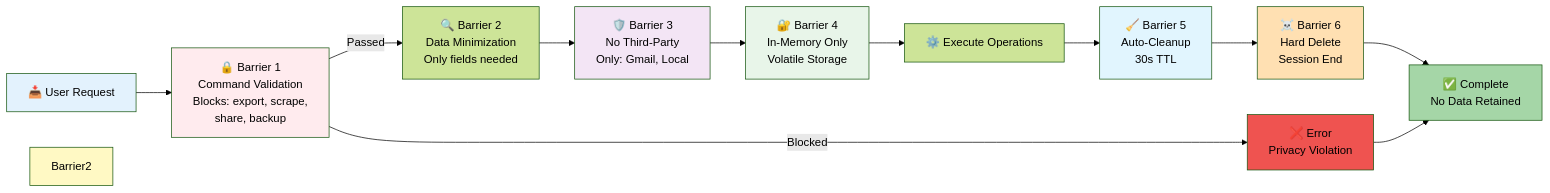
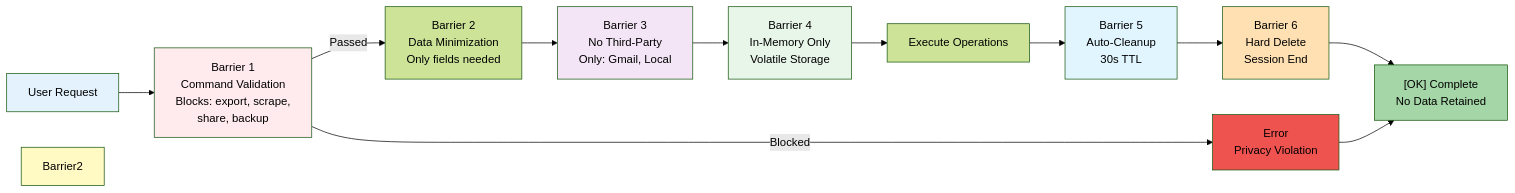
Before and after one commit to fivepanelhat/CAT-mail: the eighth of 10 diagrams in ARCHITECTURE.md, drawn with Mermaid (forest theme). The commit also changed other lines of this file and 50 other files, not shown here.

````diff
--- a/ARCHITECTURE.md
+++ b/ARCHITECTURE.md
@@ -386,33 +386,33 @@
 ```mermaid
 graph LR
-    Request["📥 User Request"]
-    
-    Request --> Barrier1["🔒 Barrier 1<br/>Command Validation<br/>Blocks: export, scrape,<br/>share, backup"]
-    
-    Barrier1 -->|Blocked| Error1["❌ Error<br/>Privacy Violation"]
-    Barrier1 -->|Passed| DataMin["🔍 Barrier 2<br/>Data Minimization<br/>Only fields needed"]
-    
-    DataMin --> Barrier3["🛡️ Barrier 3<br/>No Third-Party<br/>Only: Gmail, Local"]
-    
-    Barrier3 --> Barrier4["🔐 Barrier 4<br/>In-Memory Only<br/>Volatile Storage"]
-    
-    Barrier4 --> Ops["⚙️ Execute Operations"]
-    
-    Ops --> Barrier5["🧹 Barrier 5<br/>Auto-Cleanup<br/>30s TTL"]
-    
-    Barrier5 --> Barrier6["☠️ Barrier 6<br/>Hard Delete<br/>Session End"]
-    
-    Barrier6 --> Done["✅ Complete<br/>No Data Retained"]
-    
-    Error1 --> Done
-    
-    style Request fill:#e3f2fd
-    style Barrier1 fill:#ffebee
-    style Barrier2 fill:#fff9c4
-    style Barrier3 fill:#f3e5f5
-    style Barrier4 fill:#e8f5e9
-    style Barrier5 fill:#e1f5fe
-    style Barrier6 fill:#ffe0b2
-    style Done fill:#a5d6a7
-    style Error1 fill:#ef5350
+ Request[" User Request"]
+ 
+ Request --> Barrier1[" Barrier 1<br/>Command Validation<br/>Blocks: export, scrape,<br/>share, backup"]
+ 
+ Barrier1 -->|Blocked| Error1[" Error<br/>Privacy Violation"]
+ Barrier1 -->|Passed| DataMin[" Barrier 2<br/>Data Minimization<br/>Only fields needed"]
+ 
+ DataMin --> Barrier3[" Barrier 3<br/>No Third-Party<br/>Only: Gmail, Local"]
+ 
+ Barrier3 --> Barrier4[" Barrier 4<br/>In-Memory Only<br/>Volatile Storage"]
+ 
+ Barrier4 --> Ops[" Execute Operations"]
+ 
+ Ops --> Barrier5[" Barrier 5<br/>Auto-Cleanup<br/>30s TTL"]
+ 
+ Barrier5 --> Barrier6[" Barrier 6<br/>Hard Delete<br/>Session End"]
+ 
+ Barrier6 --> Done["[OK] Complete<br/>No Data Retained"]
+ 
+ Error1 --> Done
+ 
+ style Request fill:#e3f2fd
+ style Barrier1 fill:#ffebee
+ style Barrier2 fill:#fff9c4
+ style Barrier3 fill:#f3e5f5
+ style Barrier4 fill:#e8f5e9
+ style Barrier5 fill:#e1f5fe
+ style Barrier6 fill:#ffe0b2
+ style Done fill:#a5d6a7
+ style Error1 fill:#ef5350
 ```
````
